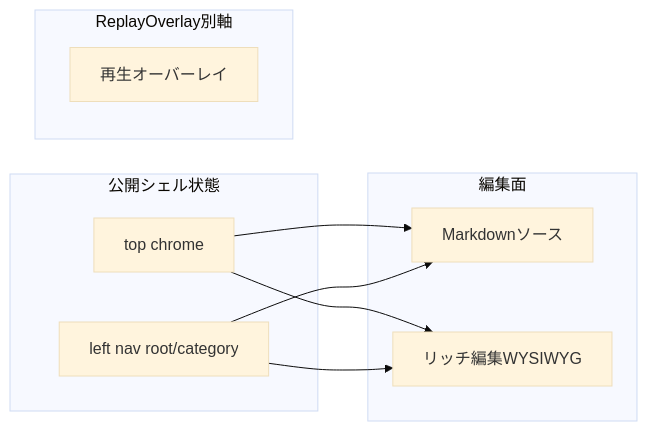
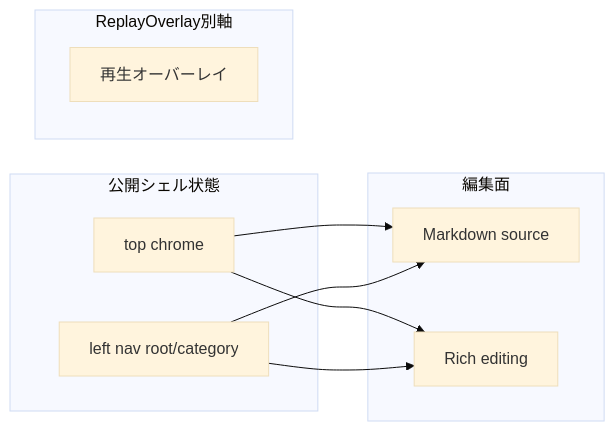
The diagram in docs/INTERACTION_NOTES.md (YuShimoji/WritingPage), drawn with Mermaid (base theme) before and after one commit. The commit also changed other lines of this file and 49 other files, not shown here.

````diff
--- a/docs/INTERACTION_NOTES.md
+++ b/docs/INTERACTION_NOTES.md
@@ -111,18 +114,18 @@
 ```mermaid
 flowchart LR
   subgraph shell [公開シェル状態]
     TopChrome[top chrome]
     LeftNav[left nav root/category]
   end
   subgraph overlay [ReplayOverlay別軸]
     Replay[再生オーバーレイ]
   end
   subgraph editSurface [編集面]
-    Md[Markdownソース]
-    Wys[リッチ編集WYSIWYG]
+    Md[Markdown source]
+    Wys[Rich editing]
   end
   TopChrome --> Md
   TopChrome --> Wys
   LeftNav --> Md
   LeftNav --> Wys
 ```
````
